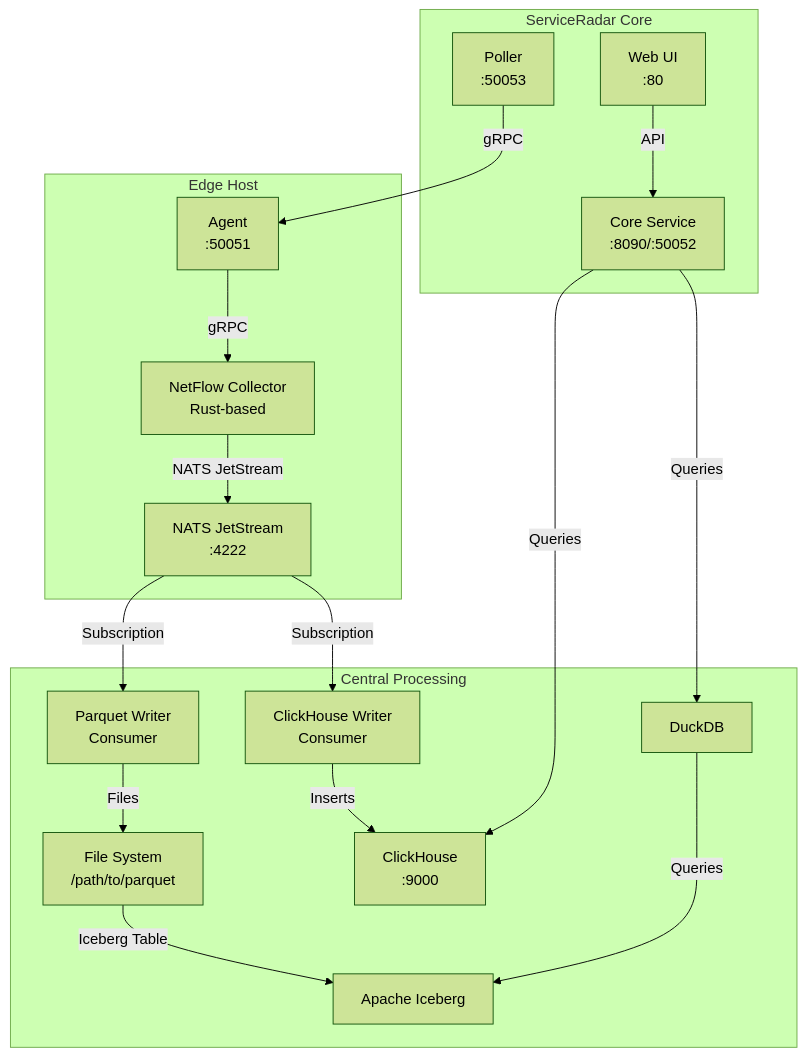
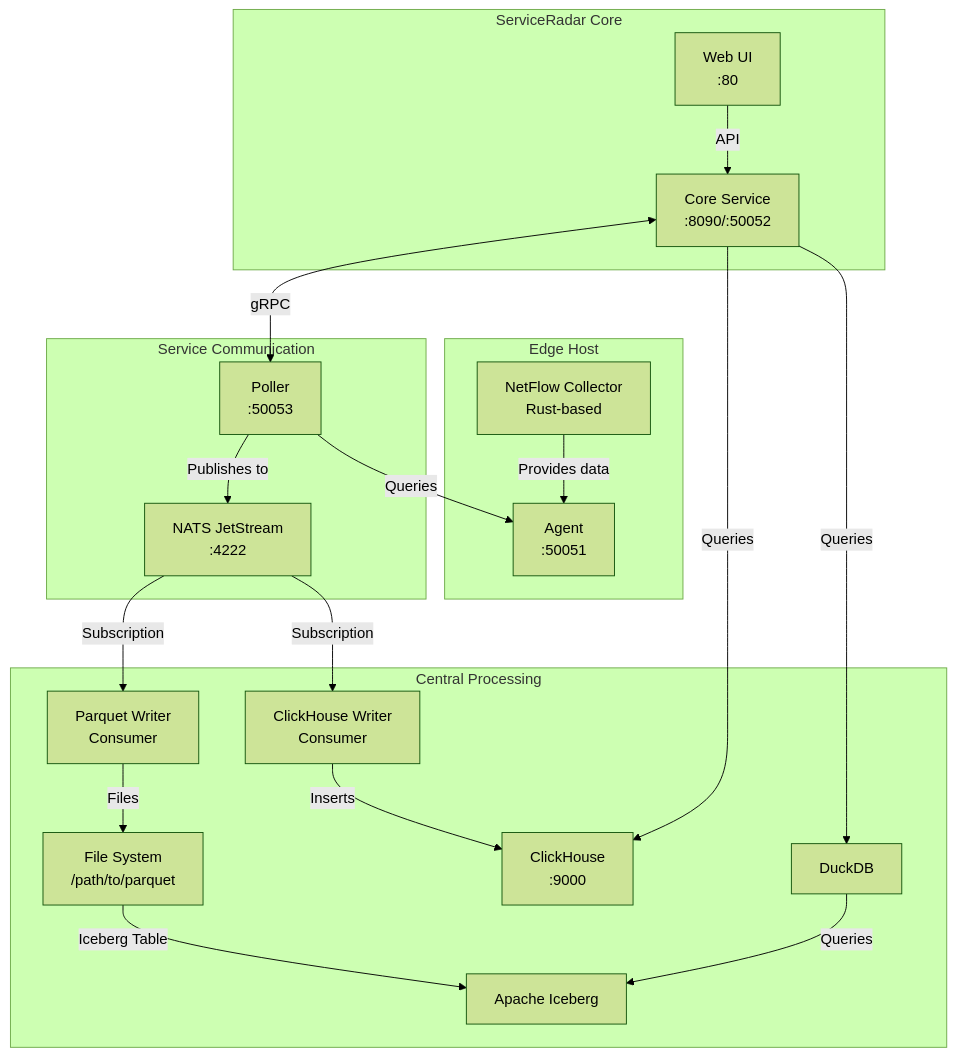
Before and after one commit to carverauto/serviceradar: the diagram in sr-architecture-and-design/prd/01-netflow.md, drawn with Mermaid (forest theme). The commit also changed other lines of this file, not shown here.

````diff
--- a/sr-architecture-and-design/prd/01-netflow.md
+++ b/sr-architecture-and-design/prd/01-netflow.md
@@ -71,27 +71,31 @@
 ```mermaid
 graph TD
     subgraph "Edge Host"
+        NetFlowCollector[NetFlow Collector<br>Rust-based]
         Agent[Agent<br>:50051]
-        NetFlowCollector[NetFlow Collector<br>Rust-based]
-        Agent -->|gRPC| NetFlowCollector
-        NetFlowCollector -->|NATS JetStream| NATS[NATS JetStream<br>:4222]
+        NetFlowCollector -->|Provides data| Agent
+    end
+
+    subgraph "Service Communication"
+        Poller[Poller<br>:50053]
+        Poller -->|Queries| Agent
+        Poller -->|Publishes to| NATS[NATS JetStream<br>:4222]
     end
 
     subgraph "Central Processing"
         NATS -->|Subscription| ParquetWriter[Parquet Writer<br>Consumer]
         NATS -->|Subscription| ClickHouseWriter[ClickHouse Writer<br>Consumer]
         ParquetWriter -->|Files| FileSystem[File System<br>/path/to/parquet]
         FileSystem -->|Iceberg Table| Iceberg[Apache Iceberg]
         ClickHouseWriter -->|Inserts| ClickHouse[ClickHouse<br>:9000]
         DuckDB[DuckDB] -->|Queries| Iceberg
     end
 
     subgraph "ServiceRadar Core"
         Core[Core Service<br>:8090/:50052]
-        Poller[Poller<br>:50053]
         Core -->|Queries| ClickHouse
         Core -->|Queries| DuckDB
-        Poller -->|gRPC| Agent
+        Core <-->|gRPC| Poller
         WebUI[Web UI<br>:80] -->|API| Core
     end
 ```
````
